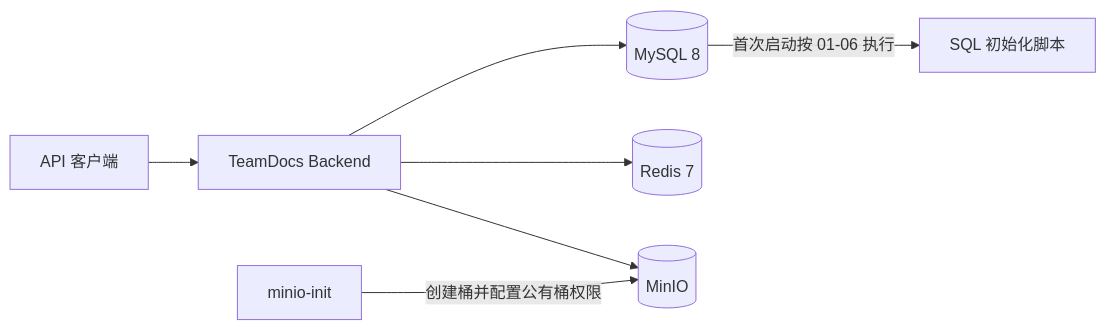
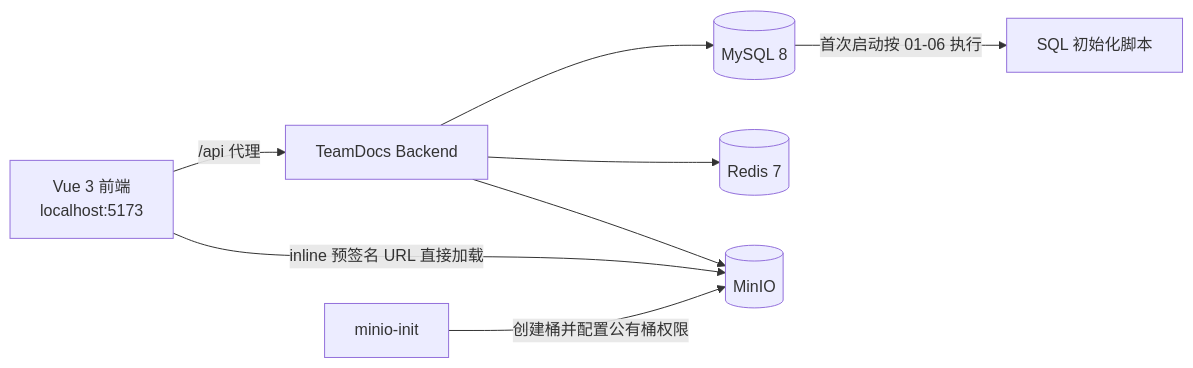
One commit to Git-creat7/teamdocs changed the diagram in README.md. Above: the diagram before and after it, drawn with Mermaid. The commit also changed other lines of this file and 2 other files, not shown here.

Commit message:
docs: split deployment/API docs into per-module READMEs, add frontend guide

````diff
--- a/README.md
+++ b/README.md
@@ -39,9 +28,10 @@
 ```mermaid
 flowchart LR
-    Client[API 客户端] --> Backend[TeamDocs Backend]
+    Browser[Vue 3 前端<br/>localhost:5173] -->|/api 代理| Backend[TeamDocs Backend]
     Backend --> MySQL[(MySQL 8)]
     Backend --> Redis[(Redis 7)]
     Backend --> MinIO[(MinIO)]
+    Browser -->|inline 预签名 URL 直接加载| MinIO
     Init[minio-init] -->|创建桶并配置公有桶权限| MinIO
     MySQL -->|首次启动按 01-06 执行| SQL[SQL 初始化脚本]
 ```
````
